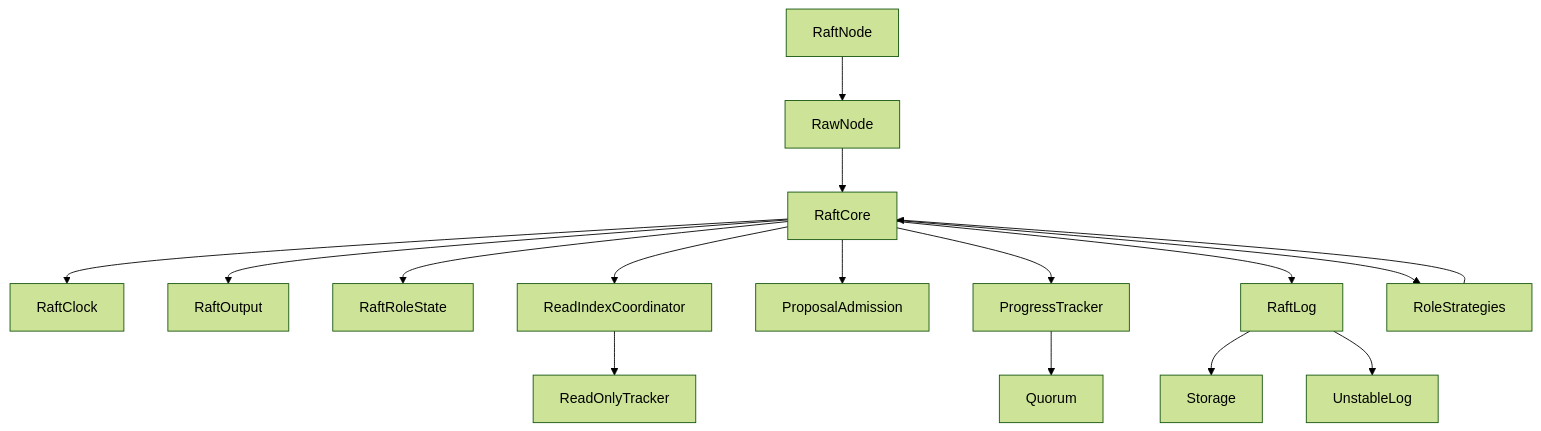
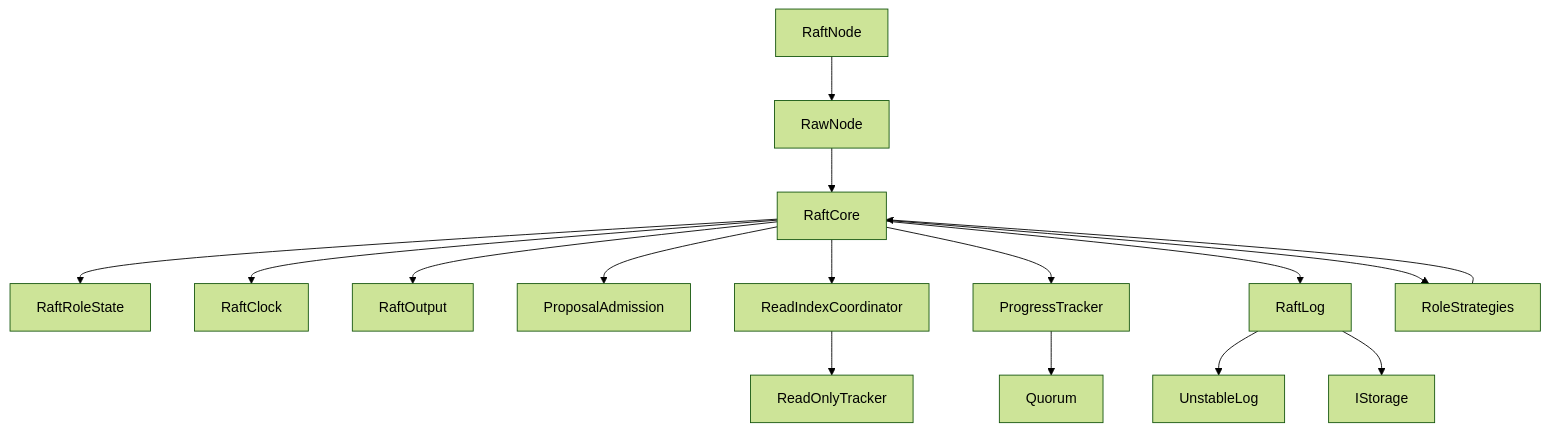
The diagram in docs/reference-architecture.md (algorithm-apprentice/dotnet-raft), drawn with Mermaid (forest theme) before and after one commit. The commit also changed other lines of this file and 47 other files, not shown here.

````diff
--- a/docs/reference-architecture.md
+++ b/docs/reference-architecture.md
@@ -92,21 +30,14 @@
 ```mermaid
 flowchart TD
-    RawNode --> RaftCore
-    RaftNode --> RawNode
-
+    RaftNode --> RawNode --> RaftCore
+    RaftCore --> RaftRoleState
     RaftCore --> RaftClock
     RaftCore --> RaftOutput
-    RaftCore --> RaftRoleState
-    RaftCore --> ReadIndexCoordinator
     RaftCore --> ProposalAdmission
-    RaftCore --> ProgressTracker
-    RaftCore --> RaftLog
-
+    RaftCore --> ReadIndexCoordinator --> ReadOnlyTracker
+    RaftCore --> ProgressTracker --> Quorum
+    RaftCore --> RaftLog --> UnstableLog
+    RaftLog --> IStorage
     RaftCore --> RoleStrategies
     RoleStrategies --> RaftCore
-
-    ProgressTracker --> Quorum
-    ReadIndexCoordinator --> ReadOnlyTracker
-    RaftLog --> Storage
-    RaftLog --> UnstableLog
 ```
````
